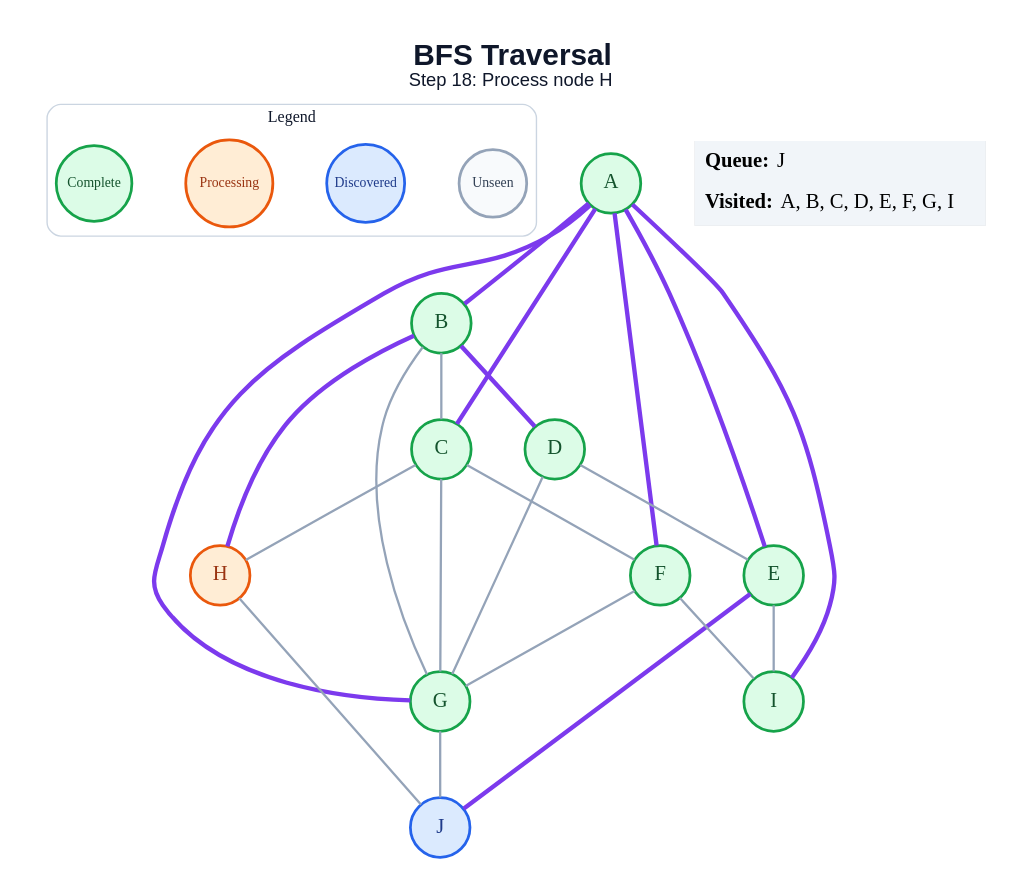
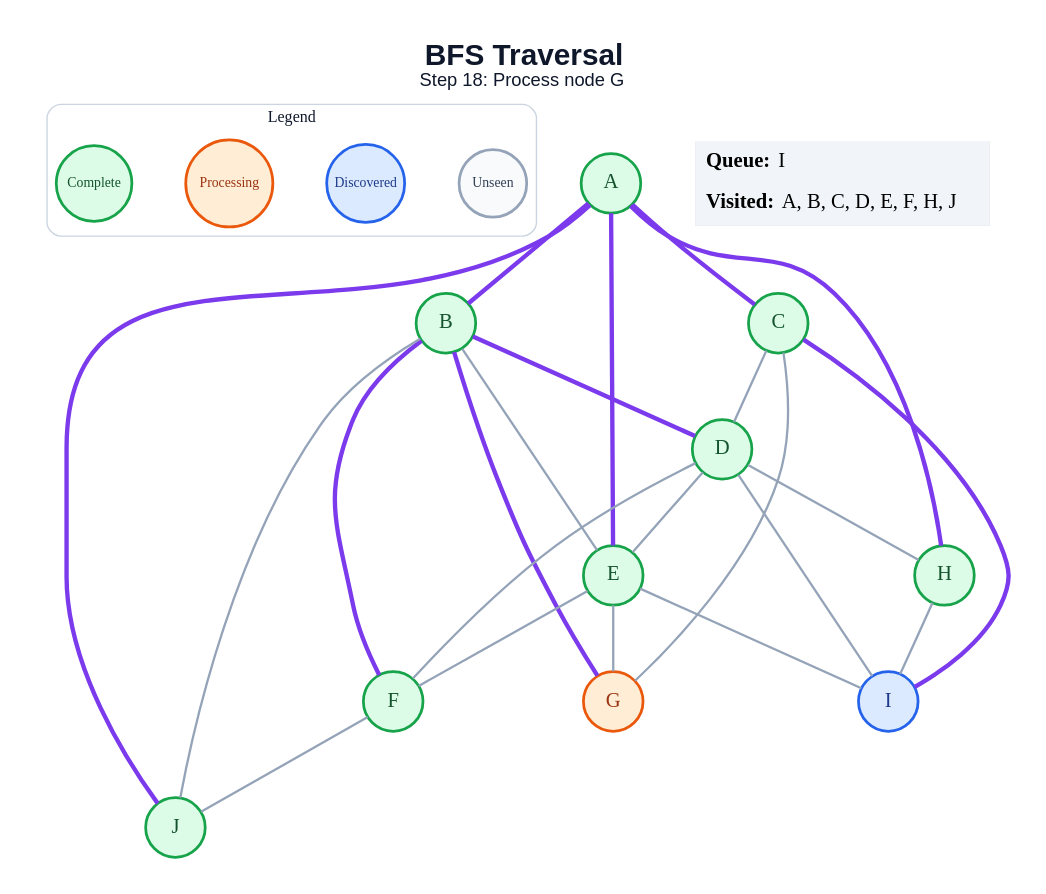
The diagram in generated/bfs/step_18.dot (amanghodawala9/ai-slop), drawn with Graphviz before and after one commit. The commit also changed 178 other files, not shown here.

```diff
--- a/generated/bfs/step_18.dot
+++ b/generated/bfs/step_18.dot
@@ -1,50 +1,51 @@
 graph traversal {
   graph [layout=dot, rankdir=TB, bgcolor="#FFFFFF", pad="0.35", nodesep="0.65", ranksep="0.8", fontname="Arial"];
   node [shape=circle, style="filled", fontname="Arial Bold", fontsize=18, width=0.72, fixedsize=true, penwidth=2.4];
   edge [color="#94A3B8", penwidth=2.0];
-  label=<<B>BFS Traversal</B><BR/><FONT POINT-SIZE="16">Step 18: Process node H</FONT>>; labelloc="t"; fontsize=26; fontname="Arial"; fontcolor="#0F172A";
+  label=<<B>BFS Traversal</B><BR/><FONT POINT-SIZE="16">Step 18: Process node G</FONT>>; labelloc="t"; fontsize=26; fontname="Arial"; fontcolor="#0F172A";
   subgraph cluster_legend { label="Legend"; color="#CBD5E1"; penwidth=1.2; style="rounded"; fontsize=14; fontname="Arial Bold";
     key_unseen [label="Unseen", fillcolor="#F8FAFC", color="#94A3B8", fontcolor="#334155", fontsize=12, width=0.82];
     key_frontier [label="Discovered", fillcolor="#DBEAFE", color="#2563EB", fontcolor="#1E3A8A", fontsize=12, width=0.95];
     key_current [label="Processing", fillcolor="#FFEDD5", color="#EA580C", fontcolor="#9A3412", fontsize=12, width=1.05];
     key_done [label="Complete", fillcolor="#DCFCE7", color="#16A34A", fontcolor="#14532D", fontsize=12, width=0.92];
     { rank=same; key_unseen; key_frontier; key_current; key_done; }
   }
   A [fillcolor="#DCFCE7", color="#16A34A", fontcolor="#14532D"];
   B [fillcolor="#DCFCE7", color="#16A34A", fontcolor="#14532D"];
   C [fillcolor="#DCFCE7", color="#16A34A", fontcolor="#14532D"];
   D [fillcolor="#DCFCE7", color="#16A34A", fontcolor="#14532D"];
   E [fillcolor="#DCFCE7", color="#16A34A", fontcolor="#14532D"];
   F [fillcolor="#DCFCE7", color="#16A34A", fontcolor="#14532D"];
-  G [fillcolor="#DCFCE7", color="#16A34A", fontcolor="#14532D"];
-  H [fillcolor="#FFEDD5", color="#EA580C", fontcolor="#9A3412"];
-  I [fillcolor="#DCFCE7", color="#16A34A", fontcolor="#14532D"];
-  J [fillcolor="#DBEAFE", color="#2563EB", fontcolor="#1E3A8A"];
+  G [fillcolor="#FFEDD5", color="#EA580C", fontcolor="#9A3412"];
+  H [fillcolor="#DCFCE7", color="#16A34A", fontcolor="#14532D"];
+  I [fillcolor="#DBEAFE", color="#2563EB", fontcolor="#1E3A8A"];
+  J [fillcolor="#DCFCE7", color="#16A34A", fontcolor="#14532D"];
   A -- B [color="#7C3AED", penwidth=3.8];
   A -- C [color="#7C3AED", penwidth=3.8];
   A -- E [color="#7C3AED", penwidth=3.8];
-  A -- F [color="#7C3AED", penwidth=3.8];
-  A -- G [color="#7C3AED", penwidth=3.8];
-  A -- I [color="#7C3AED", penwidth=3.8];
-  B -- C;
+  A -- H [color="#7C3AED", penwidth=3.8];
+  A -- J [color="#7C3AED", penwidth=3.8];
   B -- D [color="#7C3AED", penwidth=3.8];
-  B -- G;
-  B -- H [color="#7C3AED", penwidth=3.8];
-  C -- F;
+  B -- E;
+  B -- F [color="#7C3AED", penwidth=3.8];
+  B -- G [color="#7C3AED", penwidth=3.8];
+  B -- J;
+  C -- D;
   C -- G;
-  C -- H;
+  C -- I [color="#7C3AED", penwidth=3.8];
   D -- E;
-  D -- G;
+  D -- F;
+  D -- H;
+  D -- I;
+  E -- F;
+  E -- G;
   E -- I;
-  E -- J [color="#7C3AED", penwidth=3.8];
-  F -- G;
-  F -- I;
-  G -- J;
-  H -- J;
+  F -- J;
+  H -- I;
   status [shape=plain, fixedsize=false, width=0, height=0, margin=0, label=<
     <TABLE BORDER="0" CELLBORDER="0" CELLPADDING="7" BGCOLOR="#F1F5F9">
-      <TR><TD ALIGN="LEFT"><B>Queue:</B> J</TD></TR>
-      <TR><TD ALIGN="LEFT"><B>Visited:</B> A, B, C, D, E, F, G, I</TD></TR>
+      <TR><TD ALIGN="LEFT"><B>Queue:</B> I</TD></TR>
+      <TR><TD ALIGN="LEFT"><B>Visited:</B> A, B, C, D, E, F, H, J</TD></TR>
     </TABLE>
   >];
 }
```
